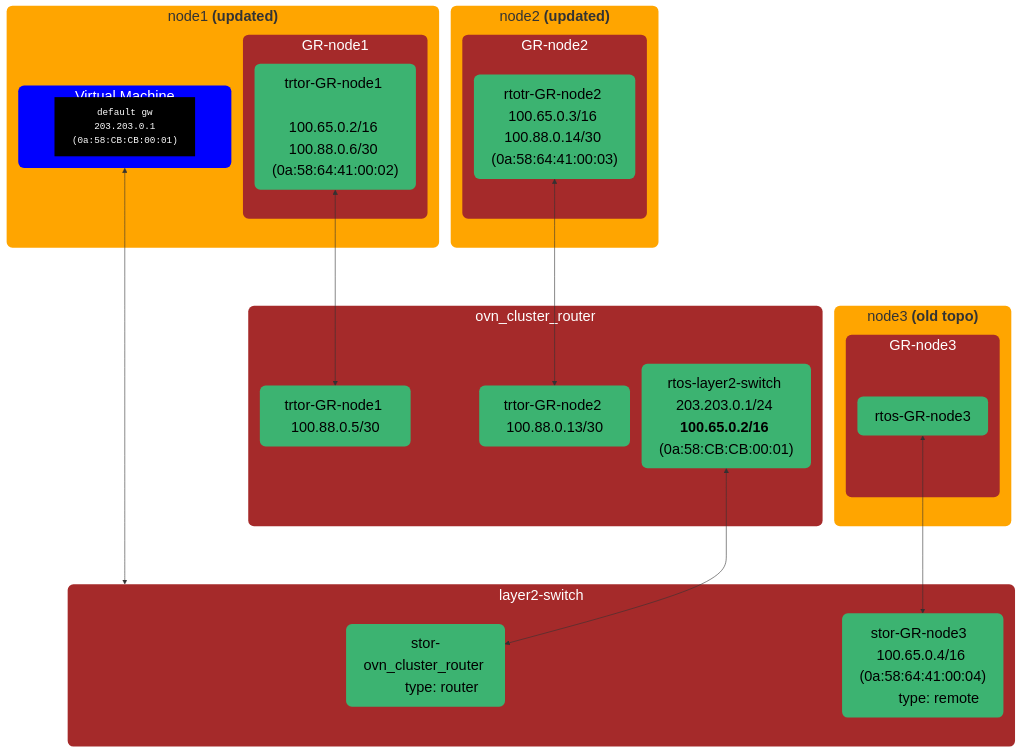
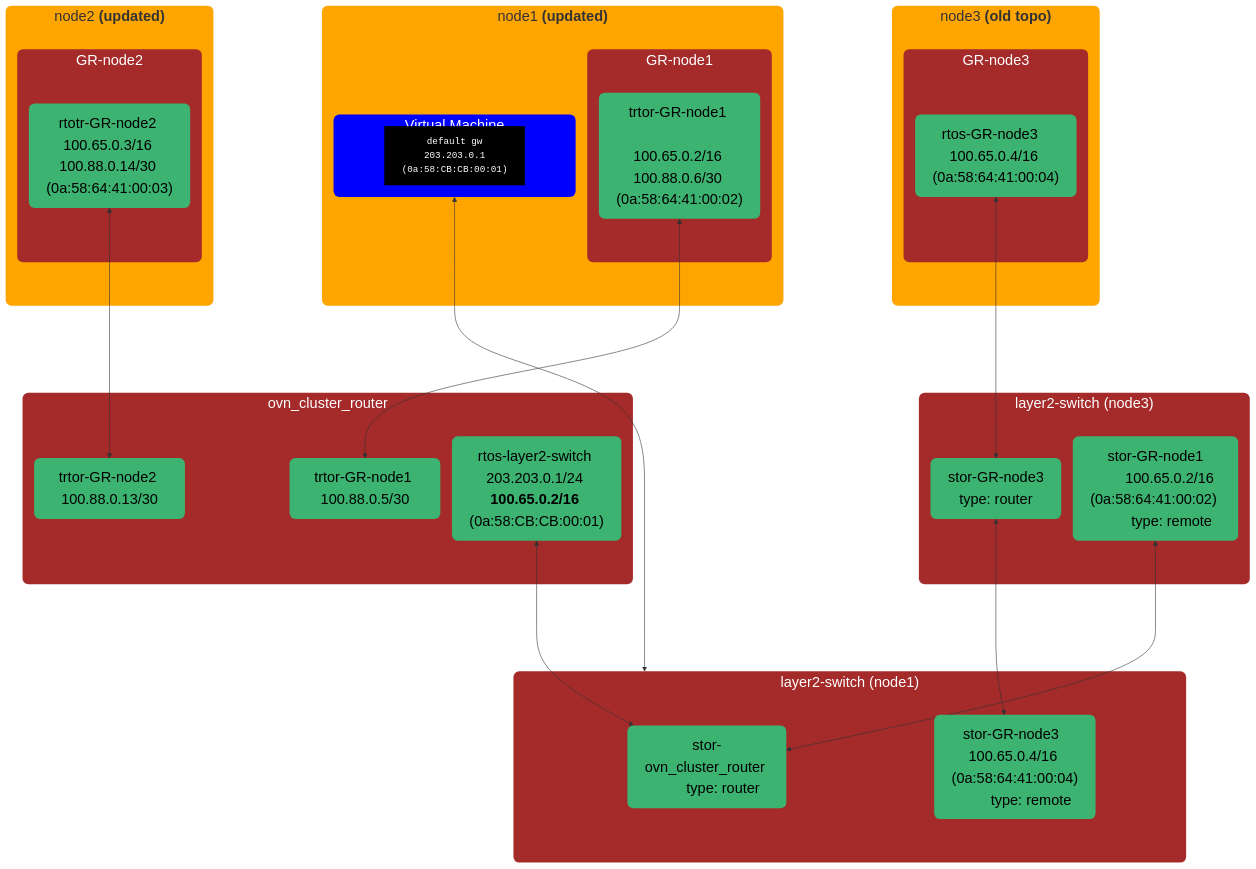
Before and after one commit to ovn-kubernetes/ovn-kubernetes: the eighth of 8 diagrams in docs/okeps/okep-5094-layer2-transit-router.md, drawn with Mermaid.

````diff
--- a/docs/okeps/okep-5094-layer2-transit-router.md
+++ b/docs/okeps/okep-5094-layer2-transit-router.md
@@ -729,69 +729,80 @@
 ```mermaid
-
-%%{init: {"nodeSpacing": 20, "rankSpacing": 100}}%%
+%%{init: {"nodeSpacing": 20, "rankSpacing": 150}}%%
 flowchart TD
     classDef nodeStyle fill:orange,stroke:none,rx:10px,ry:10px,font-size:25px;
     classDef vmStyle fill:blue,stroke:none,color:white,rx:10px,ry:10px,font-size:25px;
     classDef portStyle fill:#3CB371,color:black,stroke:none,rx:10px,ry:10px,font-size:25px;
     classDef routerStyle fill:brown,color:white,stroke:none,rx:10px,ry:10px,font-size:25px;
     classDef switchStyle fill:brown,color:white,stroke:none,rx:10px,ry:10px,font-size:25px;
     classDef termStyle font-family:monospace,fill:black,stroke:none,color:white;
     subgraph node1["node1 <b>(updated)</b>"]
         subgraph GR-node1
             rtotr-GR-node1["trtor-GR-node1 
             100.65.0.2/16 100.88.0.6/30 (0a:58:64:41:00:02)"]
         end
         subgraph VM["Virtual Machine"]
             class VM vmStyle;
             term["default gw 
             203.203.0.1
             (0a:58:CB:CB:00:01)"]
         end
     end
     subgraph node2["node2 <b>(updated)</b>"]
         subgraph GR-node2
             rtotr-GR-node2["rtotr-GR-node2 100.65.0.3/16 100.88.0.14/30 (0a:58:64:41:00:03)"]
         end
     end
     subgraph node3["node3 <b>(old topo)</b>"]
         subgraph GR-node3
-            rtos-GR-node3["rtos-GR-node3"]
+            rtos-GR-node3["rtos-GR-node3   100.65.0.4/16 (0a:58:64:41:00:04)"]
         end
     end
-    subgraph layer2-switch
+    subgraph layer2-switch["layer2-switch (node1)"]
         stor-ovn_cluster_router["stor-ovn_cluster_router 
         type: router"]
         stor-GR-node3["stor-GR-node3  100.65.0.4/16 (0a:58:64:41:00:04)
         type: remote"]
     end
+    subgraph layer2-switch-node3["layer2-switch (node3)"]
+        stor-GR-node3-local["stor-GR-node3 
+        type: router"]
+        stor-GR-node1["stor-GR-node1
+        100.65.0.2/16 (0a:58:64:41:00:02) 
+        type: remote"]
+    end
     subgraph ovn_cluster_router["ovn_cluster_router "]
         trtor-GR-node1["trtor-GR-node1 100.88.0.5/30"]
         trtor-GR-node2["trtor-GR-node2 100.88.0.13/30"]
-   
+
         rtos-layer2-switch["rtos-layer2-switch 203.203.0.1/24 <b>100.65.0.2/16</b> (0a:58:CB:CB:00:01)"]
     end
     rtotr-GR-node1 <--> trtor-GR-node1
     rtotr-GR-node2 <--> trtor-GR-node2
-    rtos-GR-node3 <--> stor-GR-node3
+    rtos-GR-node3 <--> stor-GR-node3-local
+    stor-GR-node3-local <--> stor-GR-node3
     VM <-->layer2-switch
     rtos-layer2-switch <--> stor-ovn_cluster_router
-    
+    stor-GR-node1 <--> stor-ovn_cluster_router
+
     class VM vmStyle;
     class rtotr-GR-node1 portStyle;
     class rtotr-GR-node2 portStyle;
     class rtotr-GR-node3 portStyle;
     class trtor-GR-node1 portStyle;
     class trtor-GR-node2 portStyle;
     class trtor-GR-node3 portStyle;
     class stor-GR-node3 portStyle;
     class rtos-GR-node3 portStyle;
     class stor-ovn_cluster_router portStyle;
     class rtos-layer2-switch portStyle;
+    class stor-GR-node3-local portStyle;
+    class stor-GR-node1 portStyle;
     class GR-node1 routerStyle;
     class GR-node2 routerStyle;
     class GR-node3 routerStyle;
     class ovn_cluster_router routerStyle;
     class layer2-switch switchStyle
+    class layer2-switch-node3 switchStyle;
     class term termStyle;
     class node1,node2,node3 nodeStyle;
 ```
````
